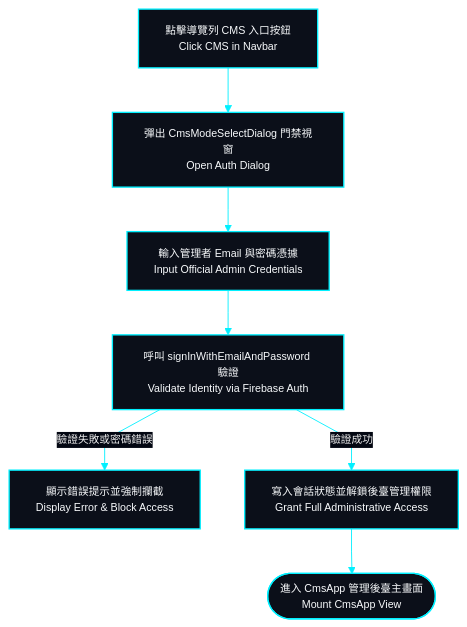
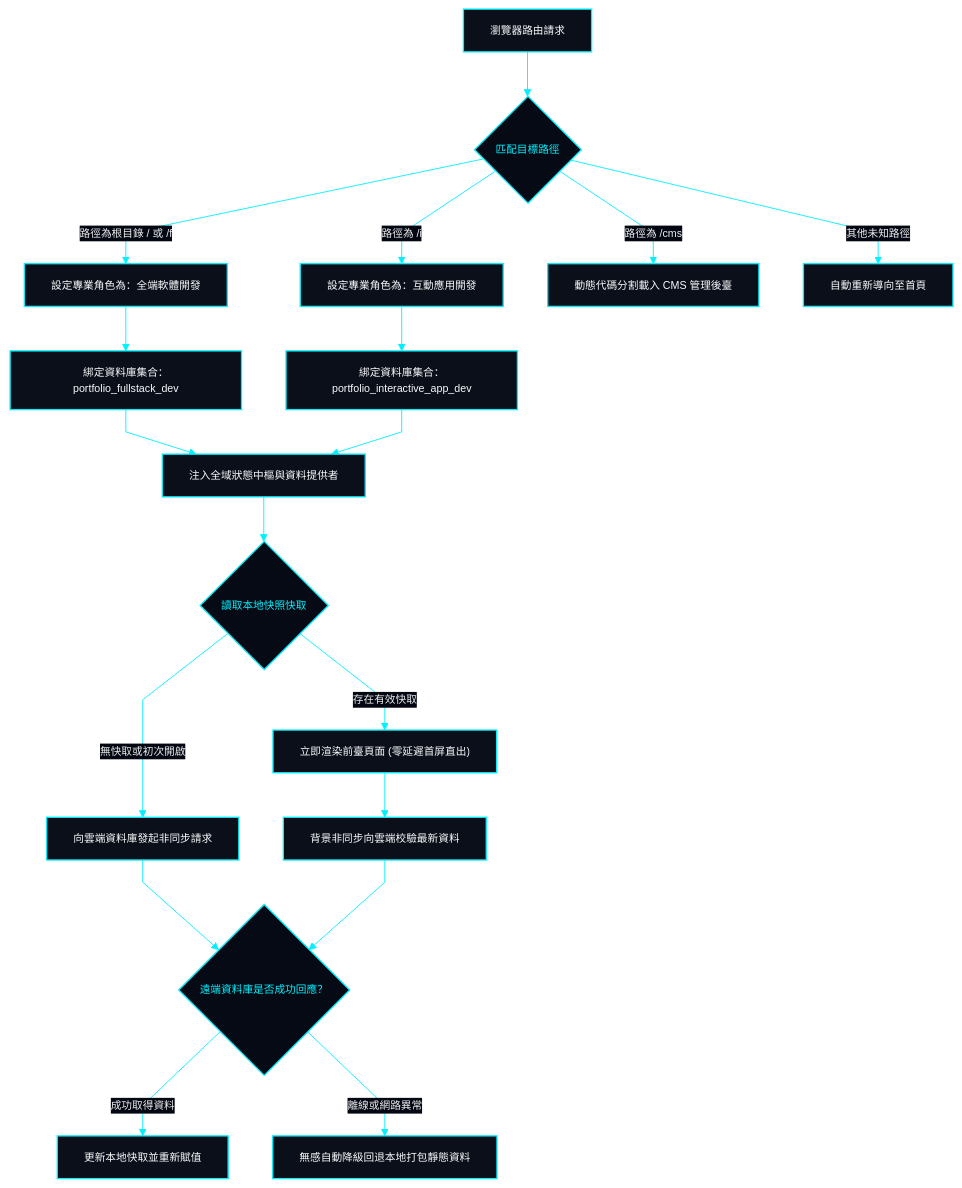
Before and after one commit to EricXJason/my-portfolio-website: the second of 4 diagrams in docs/system-design/06-flowcharts.md, drawn with Mermaid. The commit also changed other lines of this file and 19 other files, not shown here.

Commit message:
docs(specs): establish system design specifications, check-list, and tech HUD standards

````diff
--- a/docs/system-design/06-flowcharts.md
+++ b/docs/system-design/06-flowcharts.md
@@ -48,27 +59,48 @@
 ```mermaid
 %%{init: {
   'theme': 'base',
   'themeVariables': {
     'darkMode': true,
     'background': '#030712',
     'mainBkg': '#0b0f19',
     'nodeBorder': '#00f0ff',
     'textColor': '#f8fafc',
     'lineColor': '#00f0ff',
+    'clusterBkg': '#060a14',
+    'clusterBorder': '#1e293b',
+    'titleColor': '#00f0ff',
     'edgeLabelBackground': '#030712',
     'fontSize': '12px'
   },
   'flowchart': {
     'curve': 'linear'
   }
 }}%%
 flowchart TD
     classDef hudCard fill:#0b0f19,stroke:#00f0ff,stroke-width:1.5px,color:#f8fafc;
+    classDef decision fill:#060a14,stroke:#00f0ff,stroke-width:1.5px,color:#00f0ff;
 
-    ClickGear["點擊導覽列 CMS 入口按鈕<br>Click CMS in Navbar"]:::hudCard --> OpenDialog["彈出 CmsModeSelectDialog 門禁視窗<br>Open Auth Dialog"]:::hudCard
-    OpenDialog --> InputCreds["輸入管理者 Email 與密碼憑據<br>Input Official Admin Credentials"]:::hudCard
-    InputCreds --> Validating["呼叫 signInWithEmailAndPassword 驗證<br>Validate Identity via Firebase Auth"]:::hudCard
-    Validating -->|"驗證失敗或密碼錯誤"| ShowErr["顯示錯誤提示並強制攔截<br>Display Error & Block Access"]:::hudCard
-    Validating -->|"驗證成功"| GrantAdmin["寫入會話狀態並解鎖後臺管理權限<br>Grant Full Administrative Access"]:::hudCard
-    GrantAdmin --> CMSView(["進入 CmsApp 管理後臺主畫面<br>Mount CmsApp View"]):::hudCard
+    RouteReq["瀏覽器路由請求"]:::hudCard --> MatchPath{"匹配目標路徑"}:::decision
+    
+    MatchPath -->|"路徑為根目錄 / 或 /f"| SetFullstack["設定專業角色為：全端軟體開發"]:::hudCard
+    MatchPath -->|"路徑為 /i"| SetInteractive["設定專業角色為：互動應用開發"]:::hudCard
+    MatchPath -->|"路徑為 /cms"| LazyLoadCms["動態代碼分割載入 CMS 管理後臺"]:::hudCard
+    MatchPath -->|"其他未知路徑"| RedirectHome["自動重新導向至首頁"]:::hudCard
+    
+    SetFullstack --> MapCollectionF["綁定資料庫集合：portfolio_fullstack_dev"]:::hudCard
+    SetInteractive --> MapCollectionI["綁定資料庫集合：portfolio_interactive_app_dev"]:::hudCard
+    
+    MapCollectionF --> InjectContext["注入全域狀態中樞與資料提供者"]:::hudCard
+    MapCollectionI --> InjectContext
+    
+    InjectContext --> ReadData{"讀取本地快照快取"}:::decision
+    ReadData -->|"存在有效快取"| RenderFast["立即渲染前臺頁面 (零延遲首屏直出)"]:::hudCard
+    ReadData -->|"無快取或初次開啟"| FetchRemote["向雲端資料庫發起非同步請求"]:::hudCard
+    
+    RenderFast --> FetchRemoteSync["背景非同步向雲端校驗最新資料"]:::hudCard
+    FetchRemote --> CheckFetch{"遠端資料庫是否成功回應？"}:::decision
+    FetchRemoteSync --> CheckFetch
+    
+    CheckFetch -->|"成功取得資料"| UpdateCache["更新本地快取並重新賦值"]:::hudCard
+    CheckFetch -->|"離線或網路異常"| FallbackJSON["無感自動降級回退本地打包靜態資料"]:::hudCard
 ```
````
